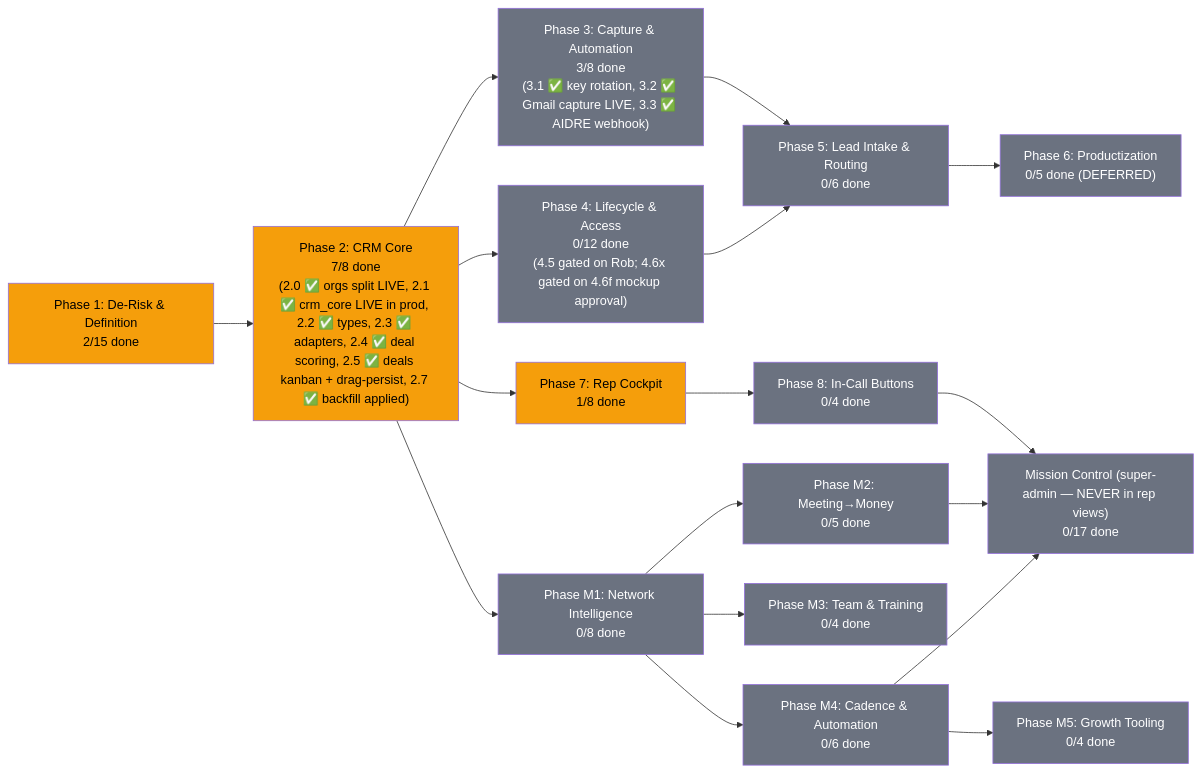
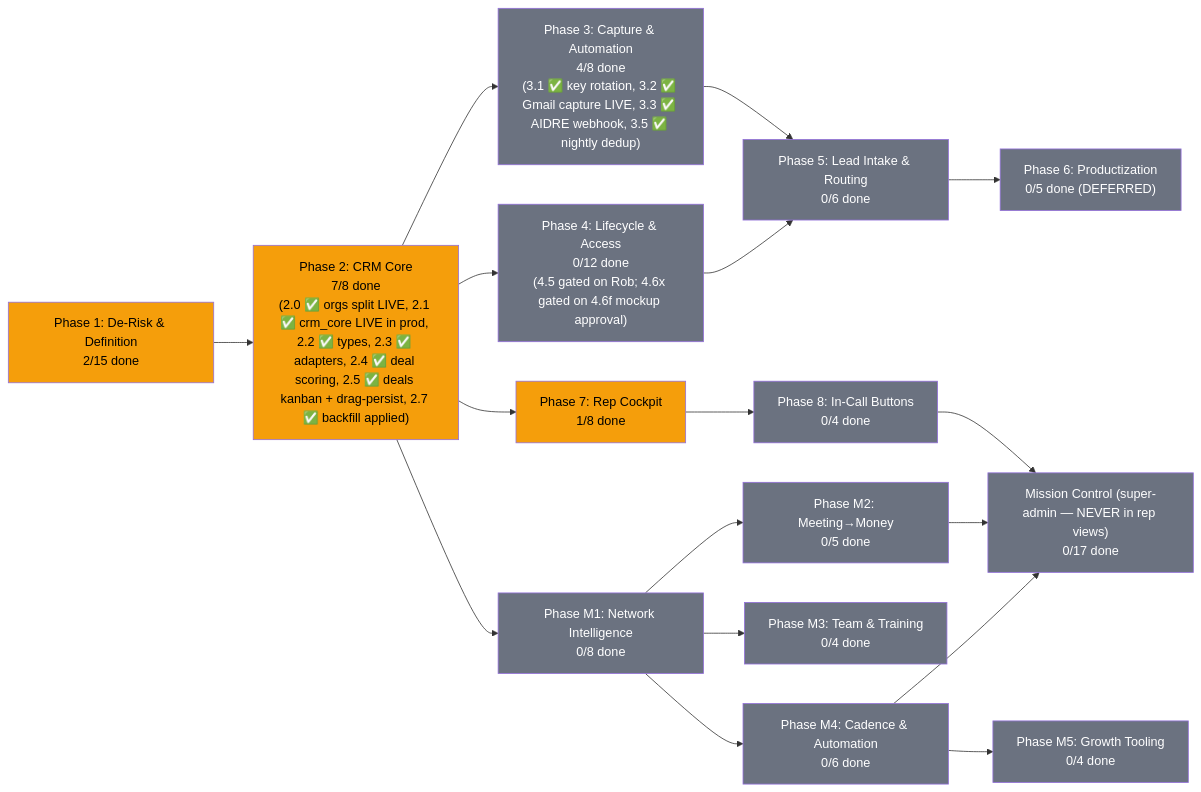
One commit to blacklabelbob/mle-rob-dashboard changed the diagram in docs/plans/PRD-mle-crm.md. Above: the diagram before and after it, drawn with Mermaid. The commit also changed other lines of this file and 8 other files, not shown here.

````diff
--- a/docs/plans/PRD-mle-crm.md
+++ b/docs/plans/PRD-mle-crm.md
@@ -24,34 +24,34 @@
 ```mermaid
 flowchart LR
     P1["Phase 1: De-Risk & Definition<br/>2/15 done"] --> P2["Phase 2: CRM Core<br/>7/8 done<br/>(2.0 ✅ orgs split LIVE, 2.1 ✅ crm_core LIVE in prod, 2.2 ✅ types, 2.3 ✅ adapters, 2.4 ✅ deal scoring, 2.5 ✅ deals kanban + drag-persist, 2.7 ✅ backfill applied)"]
-    P2 --> P3["Phase 3: Capture & Automation<br/>3/8 done<br/>(3.1 ✅ key rotation, 3.2 ✅ Gmail capture LIVE, 3.3 ✅ AIDRE webhook)"]
+    P2 --> P3["Phase 3: Capture & Automation<br/>4/8 done<br/>(3.1 ✅ key rotation, 3.2 ✅ Gmail capture LIVE, 3.3 ✅ AIDRE webhook, 3.5 ✅ nightly dedup)"]
     P2 --> P4["Phase 4: Lifecycle & Access<br/>0/12 done<br/>(4.5 gated on Rob; 4.6x gated on 4.6f mockup approval)"]
     P2 --> P7["Phase 7: Rep Cockpit<br/>1/8 done"]
     P7 --> P8["Phase 8: In-Call Buttons<br/>0/4 done"]
     P3 --> P5["Phase 5: Lead Intake & Routing<br/>0/6 done"]
     P4 --> P5
     P5 --> P6["Phase 6: Productization<br/>0/5 done (DEFERRED)"]
     P2 --> M1["Phase M1: Network Intelligence<br/>0/8 done"]
     M1 --> M2["Phase M2: Meeting→Money<br/>0/5 done"]
     M1 --> M3["Phase M3: Team & Training<br/>0/4 done"]
     M1 --> M4["Phase M4: Cadence & Automation<br/>0/6 done"]
     M4 --> M5["Phase M5: Growth Tooling<br/>0/4 done"]
     P8 --> MC["Mission Control (super-admin — NEVER in rep views)<br/>0/17 done"]
     M2 --> MC
     M4 --> MC
 
     style P1 fill:#f59e0b,color:#000
     style P2 fill:#f59e0b,color:#000
     style P3 fill:#6b7280,color:#fff
     style P4 fill:#6b7280,color:#fff
     style P5 fill:#6b7280,color:#fff
     style P6 fill:#6b7280,color:#fff
     style P7 fill:#f59e0b,color:#000
     style P8 fill:#6b7280,color:#fff
     style M1 fill:#6b7280,color:#fff
     style M2 fill:#6b7280,color:#fff
     style M3 fill:#6b7280,color:#fff
     style M4 fill:#6b7280,color:#fff
     style M5 fill:#6b7280,color:#fff
     style MC fill:#6b7280,color:#fff
 ```
````
